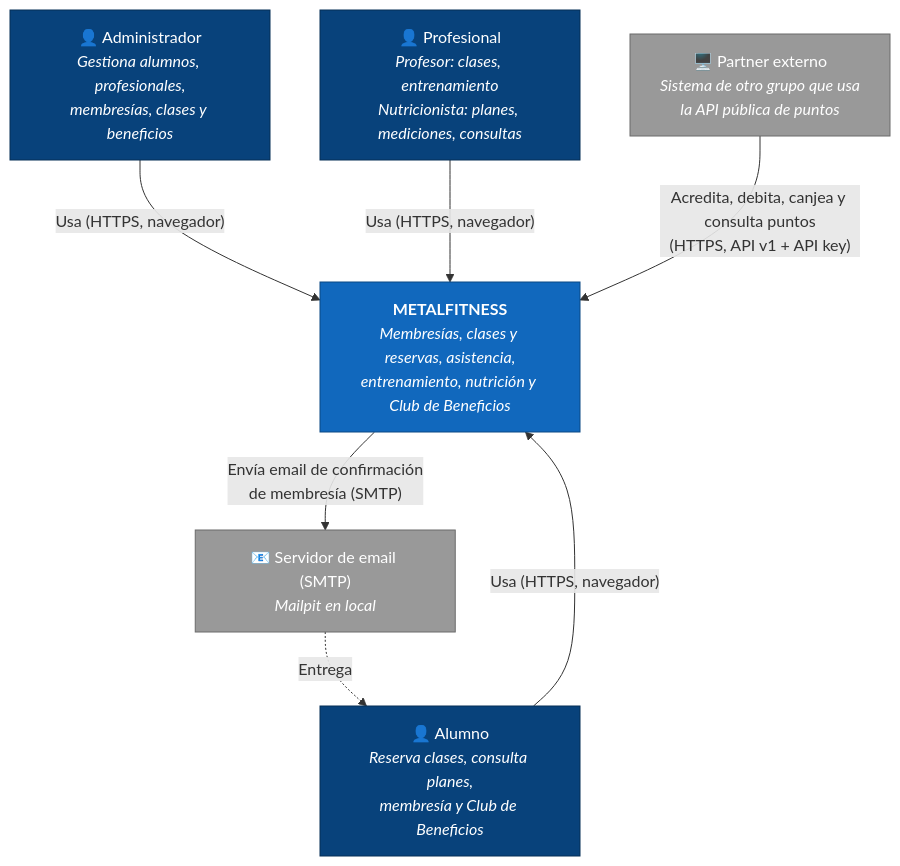
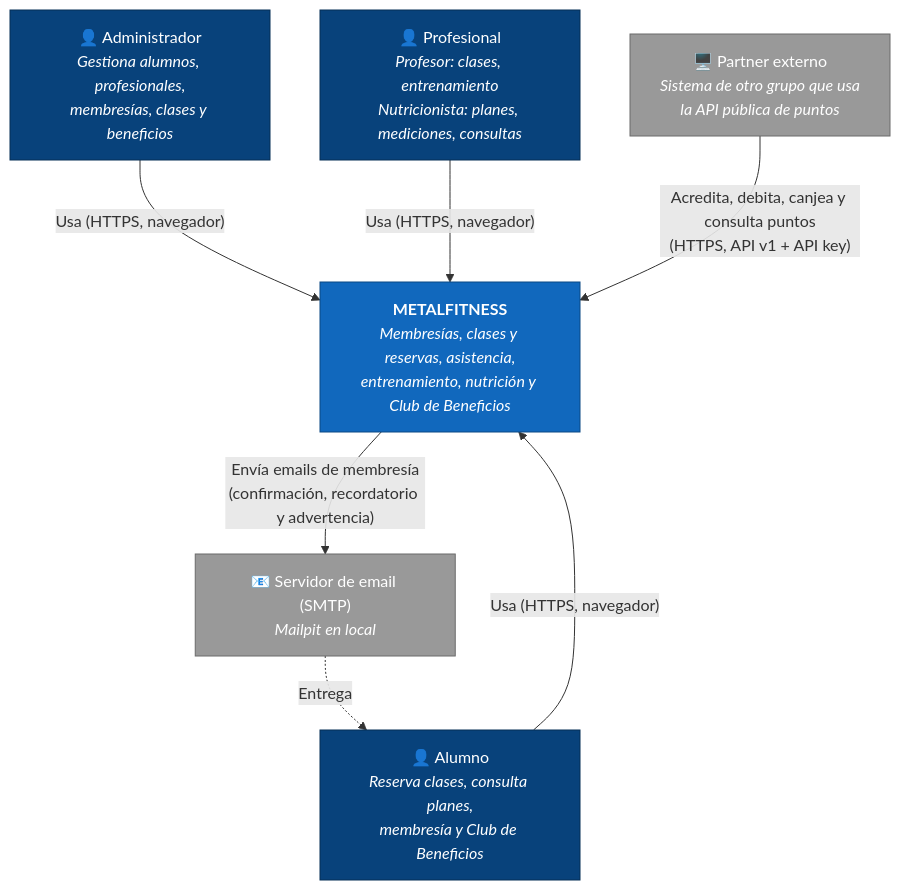
One commit to GuadiViti/Arquitectura-de-Software changed the first of 2 diagrams in docs/ARCHITECTURE.md. Above: the diagram before and after it, drawn with Mermaid. The commit also changed other lines of this file and 4 other files, not shown here.

````diff
--- a/docs/ARCHITECTURE.md
+++ b/docs/ARCHITECTURE.md
@@ -62,25 +62,25 @@
 ```mermaid
 flowchart TB
     admin["👤 Administrador<br/><i>Gestiona alumnos, profesionales,<br/>membresías, clases y beneficios</i>"]
     prof["👤 Profesional<br/><i>Profesor: clases, entrenamiento<br/>Nutricionista: planes, mediciones, consultas</i>"]
     alumno["👤 Alumno<br/><i>Reserva clases, consulta planes,<br/>membresía y Club de Beneficios</i>"]
     partner["🖥️ Partner externo<br/><i>Sistema de otro grupo que usa<br/>la API pública de puntos</i>"]
 
     gym["<b>METALFITNESS</b><br/><i>Membresías, clases y reservas, asistencia,<br/>entrenamiento, nutrición y Club de Beneficios</i>"]
 
     smtp["📧 Servidor de email (SMTP)<br/><i>Mailpit en local</i>"]
 
     admin -- "Usa (HTTPS, navegador)" --> gym
     prof -- "Usa (HTTPS, navegador)" --> gym
     alumno -- "Usa (HTTPS, navegador)" --> gym
     partner -- "Acredita, debita, canjea y consulta puntos<br/>(HTTPS, API v1 + API key)" --> gym
-    gym -- "Envía email de confirmación<br/>de membresía (SMTP)" --> smtp
+    gym -- "Envía emails de membresía<br/>(confirmación, recordatorio y advertencia)" --> smtp
     smtp -. "Entrega" .-> alumno
 
     classDef person fill:#08427b,stroke:#052e56,color:#fff
     classDef system fill:#1168bd,stroke:#0b4884,color:#fff
     classDef external fill:#999,stroke:#6b6b6b,color:#fff
     class admin,prof,alumno person
     class gym system
     class partner,smtp external
 ```
````
